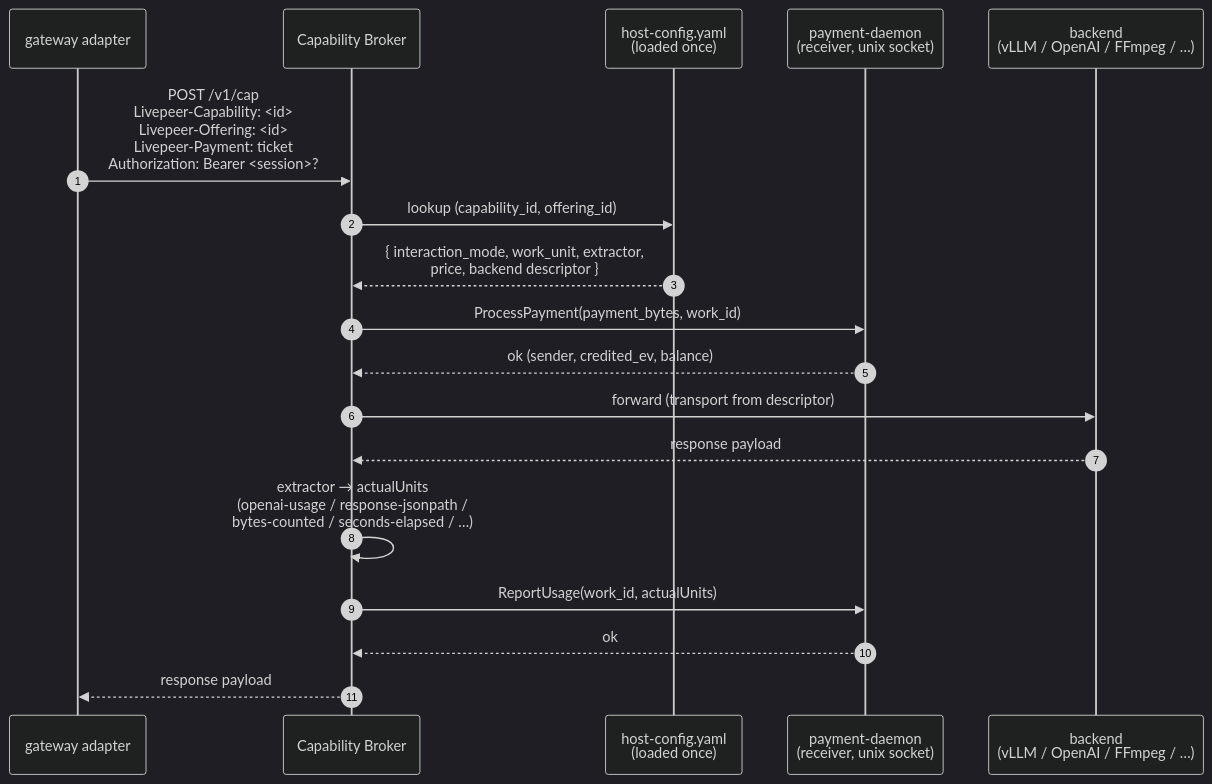
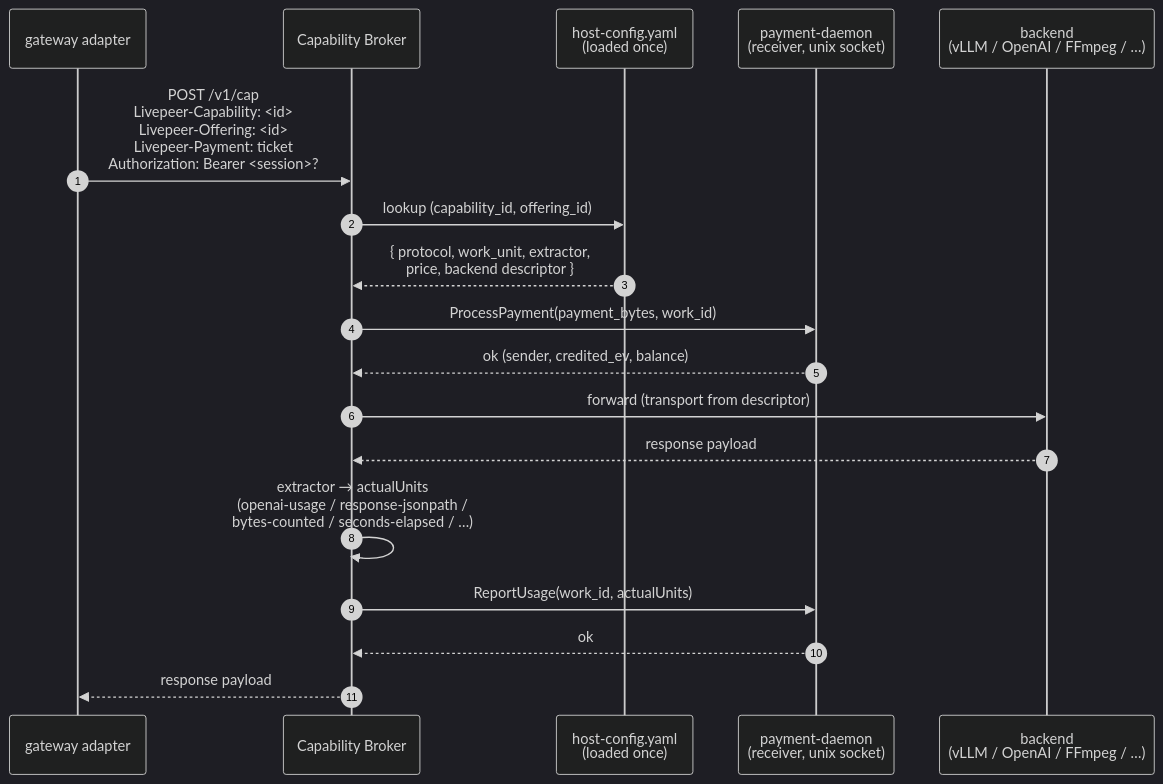
One commit to Cloud-SPE/livepeer-network-modules changed the third of 9 diagrams in docs/design-docs/architecture-overview.md. Above: the diagram before and after it, drawn with Mermaid (dark theme). The commit also changed other lines of this file and 5 other files, not shown here.

````diff
--- a/docs/design-docs/architecture-overview.md
+++ b/docs/design-docs/architecture-overview.md
@@ -201,23 +201,23 @@
 ```mermaid
 sequenceDiagram
     autonumber
     participant GW as gateway adapter
     participant Broker as Capability Broker
     participant Cfg as host-config.yaml<br/>(loaded once)
     participant PD as payment-daemon<br/>(receiver, unix socket)
     participant Backend as backend<br/>(vLLM / OpenAI / FFmpeg / …)
 
     GW->>Broker: POST /v1/cap<br/>Livepeer-Capability: <id><br/>Livepeer-Offering: <id><br/>Livepeer-Payment: ticket<br/>Authorization: Bearer <session>?
     Broker->>Cfg: lookup (capability_id, offering_id)
-    Cfg-->>Broker: { interaction_mode, work_unit, extractor,<br/>price, backend descriptor }
+    Cfg-->>Broker: { protocol, work_unit, extractor,<br/>price, backend descriptor }
     Broker->>PD: ProcessPayment(payment_bytes, work_id)
     PD-->>Broker: ok (sender, credited_ev, balance)
 
     Broker->>Backend: forward (transport from descriptor)
     Backend-->>Broker: response payload
 
     Broker->>Broker: extractor → actualUnits<br/>(openai-usage / response-jsonpath /<br/>bytes-counted / seconds-elapsed / …)
     Broker->>PD: ReportUsage(work_id, actualUnits)
     PD-->>Broker: ok
     Broker-->>GW: response payload
 ```
````
